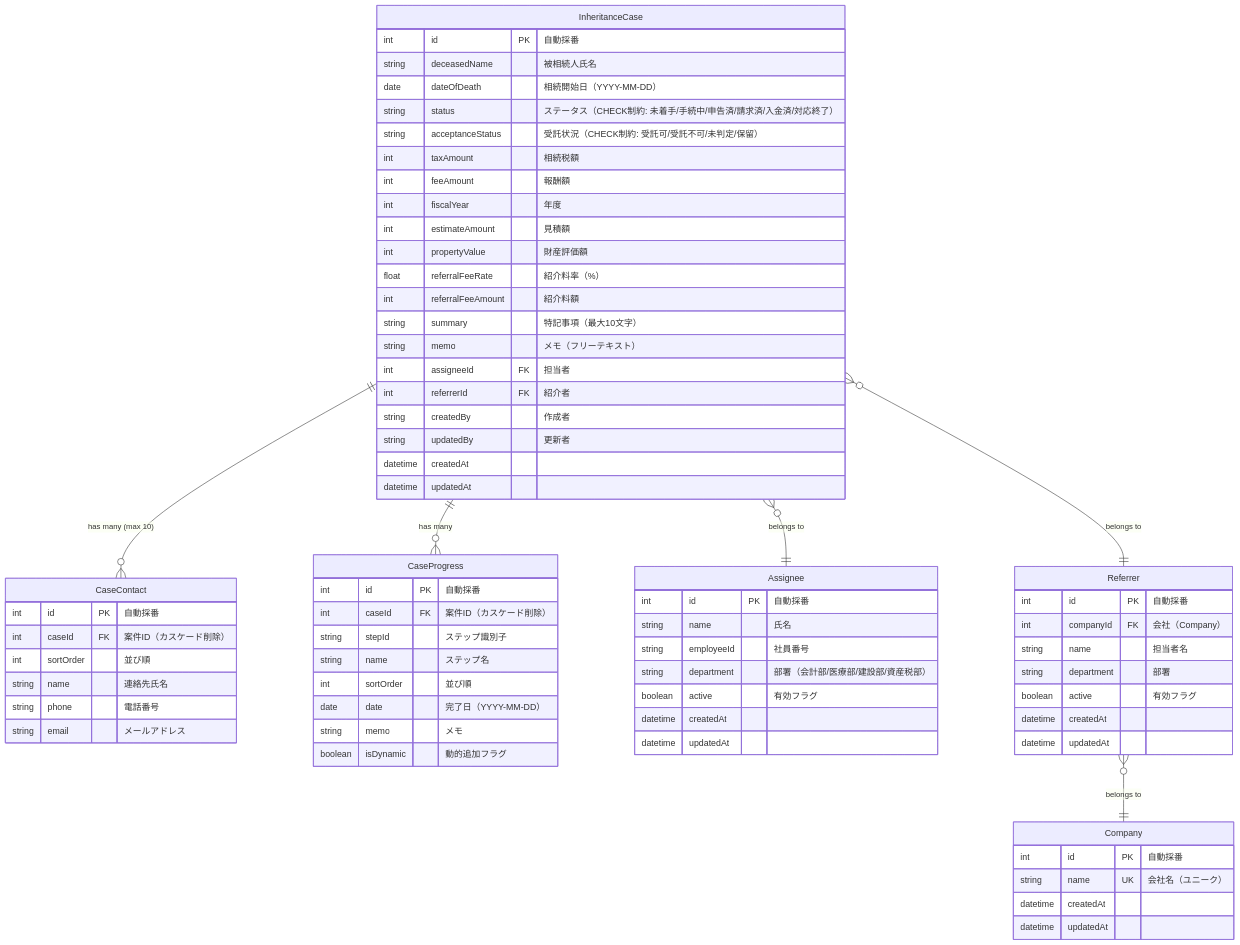
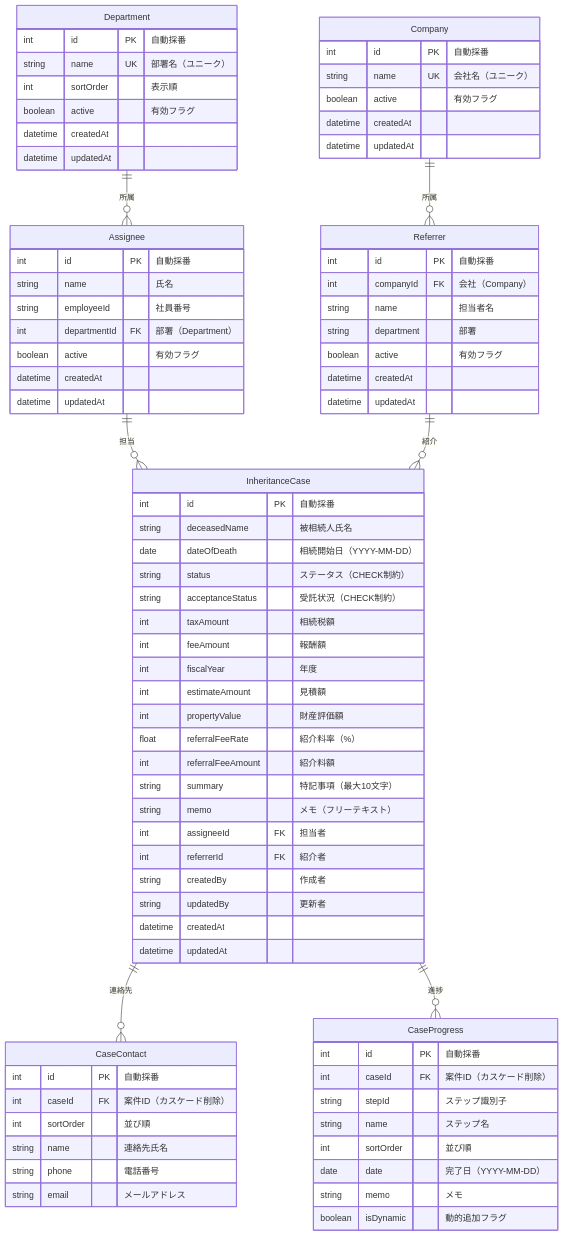
One commit to kojima1978/tax_apps changed the diagram in apps/inheritance-case-management/README.md. Above: the diagram before and after it, drawn with Mermaid. The commit also changed other lines of this file and 1 other file, not shown here.

First line of the commit message:
docs(inheritance-case-management): README・ER図・仕様書を全面更新

````diff
--- a/apps/inheritance-case-management/README.md
+++ b/apps/inheritance-case-management/README.md
@@ -291,17 +329,55 @@
 ```mermaid
 erDiagram
-    InheritanceCase ||--o{ CaseContact : "has many (max 10)"
-    InheritanceCase ||--o{ CaseProgress : "has many"
-    InheritanceCase }o--|| Assignee : "belongs to"
-    InheritanceCase }o--|| Referrer : "belongs to"
-    Referrer }o--|| Company : "belongs to"
+    Department ||--o{ Assignee : "所属"
+    Company ||--o{ Referrer : "所属"
+    Assignee ||--o{ InheritanceCase : "担当"
+    Referrer ||--o{ InheritanceCase : "紹介"
+    InheritanceCase ||--o{ CaseContact : "連絡先"
+    InheritanceCase ||--o{ CaseProgress : "進捗"
+
+    Department {
+        int id PK "自動採番"
+        string name UK "部署名（ユニーク）"
+        int sortOrder "表示順"
+        boolean active "有効フラグ"
+        datetime createdAt
+        datetime updatedAt
+    }
+
+    Company {
+        int id PK "自動採番"
+        string name UK "会社名（ユニーク）"
+        boolean active "有効フラグ"
+        datetime createdAt
+        datetime updatedAt
+    }
+
+    Assignee {
+        int id PK "自動採番"
+        string name "氏名"
+        string employeeId "社員番号"
+        int departmentId FK "部署（Department）"
+        boolean active "有効フラグ"
+        datetime createdAt
+        datetime updatedAt
+    }
+
+    Referrer {
+        int id PK "自動採番"
+        int companyId FK "会社（Company）"
+        string name "担当者名"
+        string department "部署"
+        boolean active "有効フラグ"
+        datetime createdAt
+        datetime updatedAt
+    }
 
     InheritanceCase {
         int id PK "自動採番"
         string deceasedName "被相続人氏名"
         date dateOfDeath "相続開始日（YYYY-MM-DD）"
-        string status "ステータス（CHECK制約: 未着手/手続中/申告済/請求済/入金済/対応終了）"
-        string acceptanceStatus "受託状況（CHECK制約: 受託可/受託不可/未判定/保留）"
+        string status "ステータス（CHECK制約）"
+        string acceptanceStatus "受託状況（CHECK制約）"
         int taxAmount "相続税額"
         int feeAmount "報酬額"
         int fiscalYear "年度"
@@ -315,33 +391,6 @@
         int referrerId FK "紹介者"
         string createdBy "作成者"
         string updatedBy "更新者"
-        datetime createdAt
-        datetime updatedAt
-    }
-
-    Assignee {
-        int id PK "自動採番"
-        string name "氏名"
-        string employeeId "社員番号"
-        string department "部署（会計部/医療部/建設部/資産税部）"
-        boolean active "有効フラグ"
-        datetime createdAt
-        datetime updatedAt
-    }
-
-    Company {
-        int id PK "自動採番"
-        string name UK "会社名（ユニーク）"
-        datetime createdAt
-        datetime updatedAt
-    }
-
-    Referrer {
-        int id PK "自動採番"
-        int companyId FK "会社（Company）"
-        string name "担当者名"
-        string department "部署"
-        boolean active "有効フラグ"
         datetime createdAt
         datetime updatedAt
     }
````
